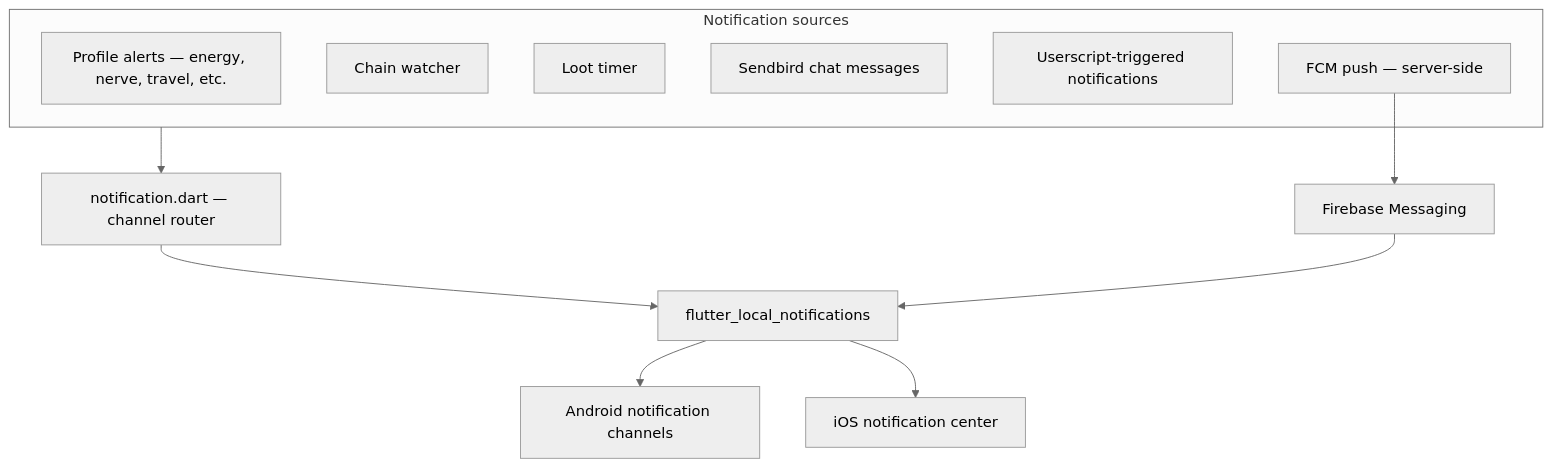
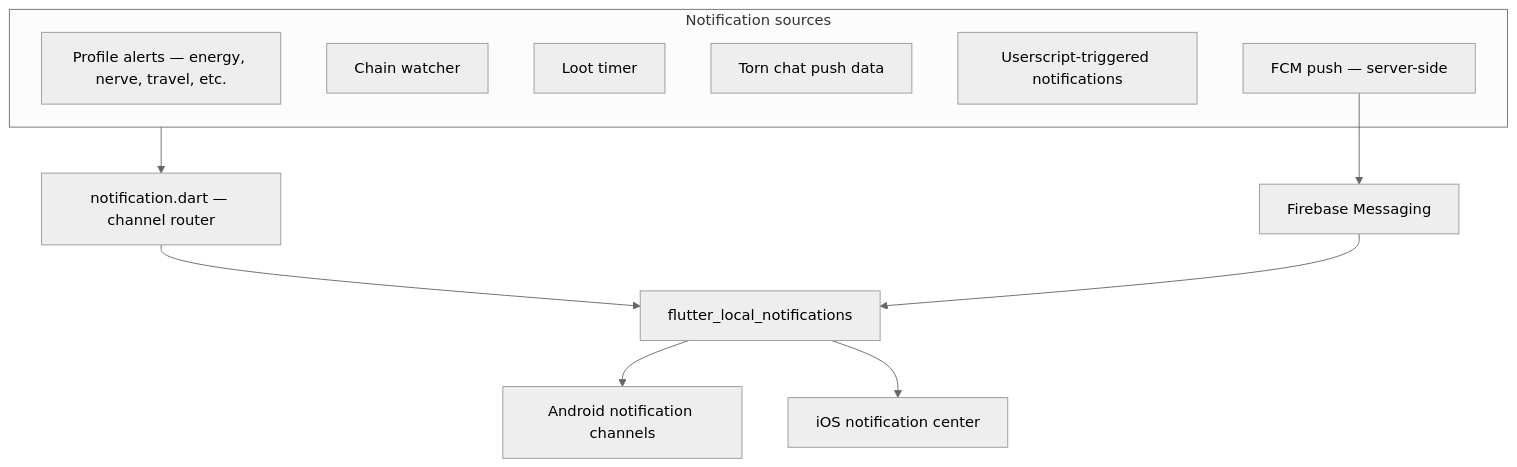
One commit to Manuito83/torn-pda changed the ninth of 9 diagrams in docs/architecture.md. Above: the diagram before and after it, drawn with Mermaid (neutral theme). The commit also changed other lines of this file and 194 other files, not shown here.

Commit message:
Chat: native Torn chat replaces Sendbird

````diff
--- a/docs/architecture.md
+++ b/docs/architecture.md
@@ -327,19 +324,19 @@
 ```mermaid
 flowchart TD
     subgraph Sources["Notification sources"]
         ALERT[Profile alerts — energy, nerve, travel, etc.]
         CHAIN[Chain watcher]
         LOOT[Loot timer]
-        SB[Sendbird chat messages]
+        TC[Torn chat push data]
         WV[Userscript-triggered notifications]
         FCM_SRC[FCM push — server-side]
     end
 
     Sources --> NM[notification.dart — channel router]
     NM --> FLN[flutter_local_notifications]
     FLN --> AND[Android notification channels]
     FLN --> IOS[iOS notification center]
 
     FCM_SRC --> FCM[Firebase Messaging]
     FCM --> FLN
 ```
````
